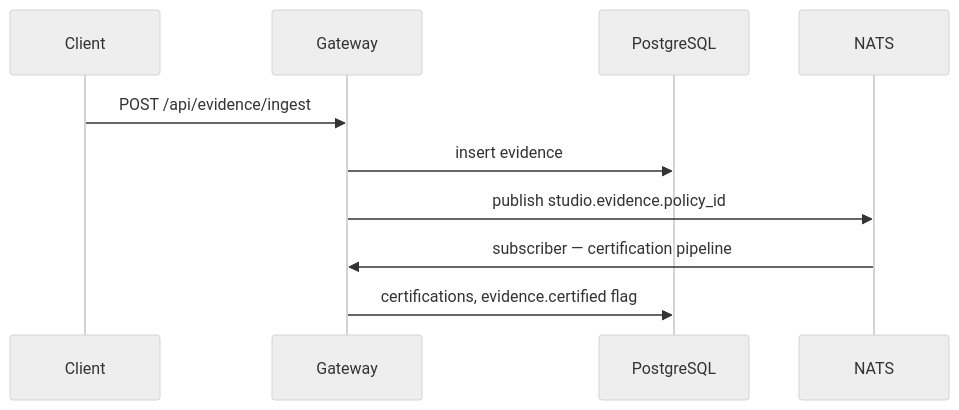
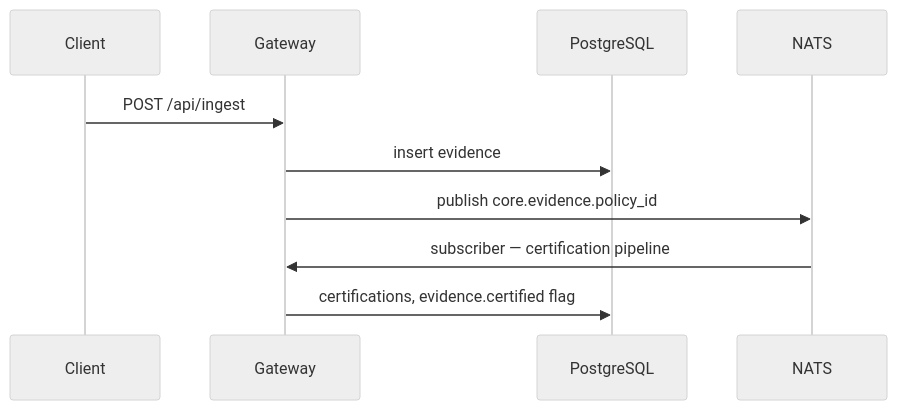
Before and after one commit to jpower432/complytime-studio: the second of 2 diagrams in docs/design/architecture.md, drawn with Mermaid (neutral theme). The commit also changed other lines of this file and 22 other files, not shown here.

````diff
--- a/docs/design/architecture.md
+++ b/docs/design/architecture.md
@@ -123,13 +123,13 @@
 ```mermaid
 sequenceDiagram
   participant C as Client
   participant G as Gateway
   participant PG as PostgreSQL
   participant N as NATS
 
-  C->>G: POST /api/evidence/ingest
+  C->>G: POST /api/ingest
   G->>PG: insert evidence
-  G->>N: publish studio.evidence.policy_id
+  G->>N: publish core.evidence.policy_id
   N->>G: subscriber — certification pipeline
   G->>PG: certifications, evidence.certified flag
 ```
````
